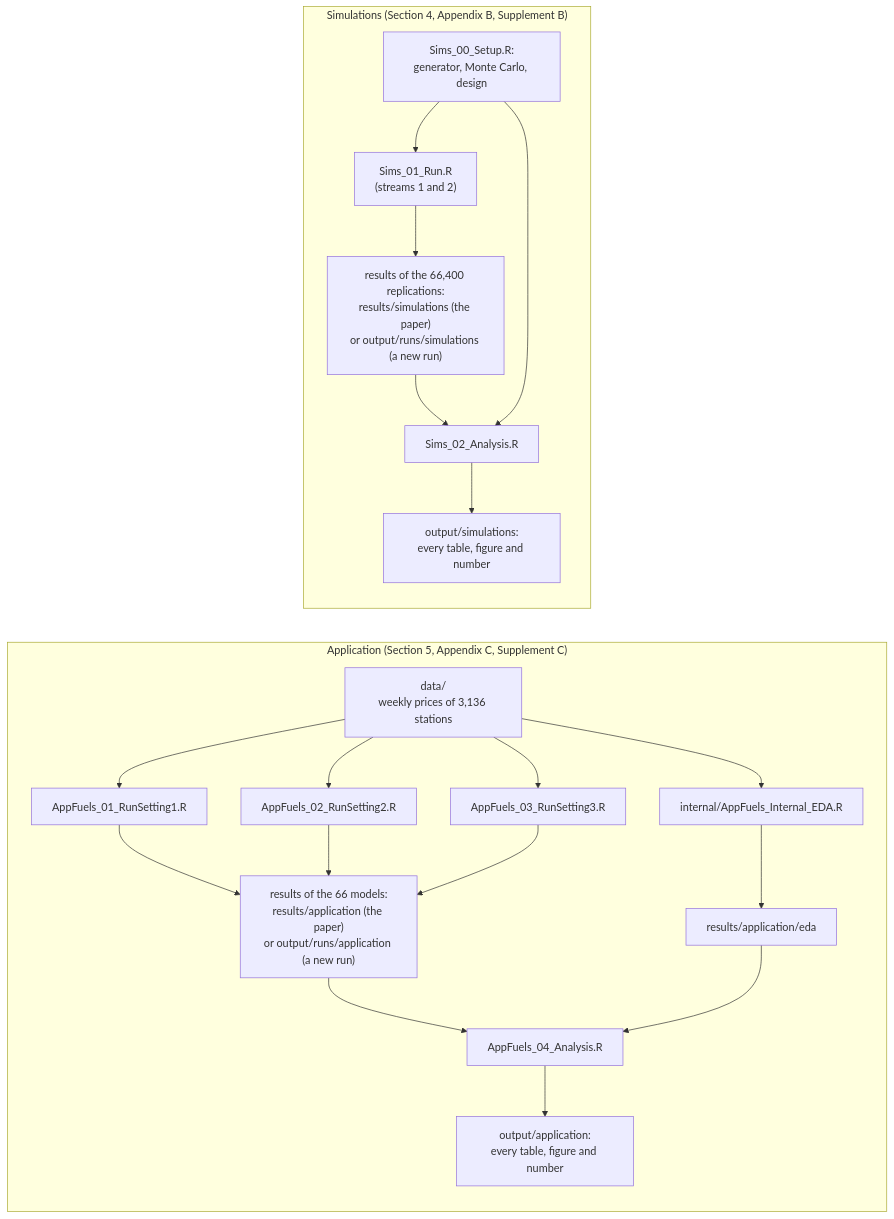
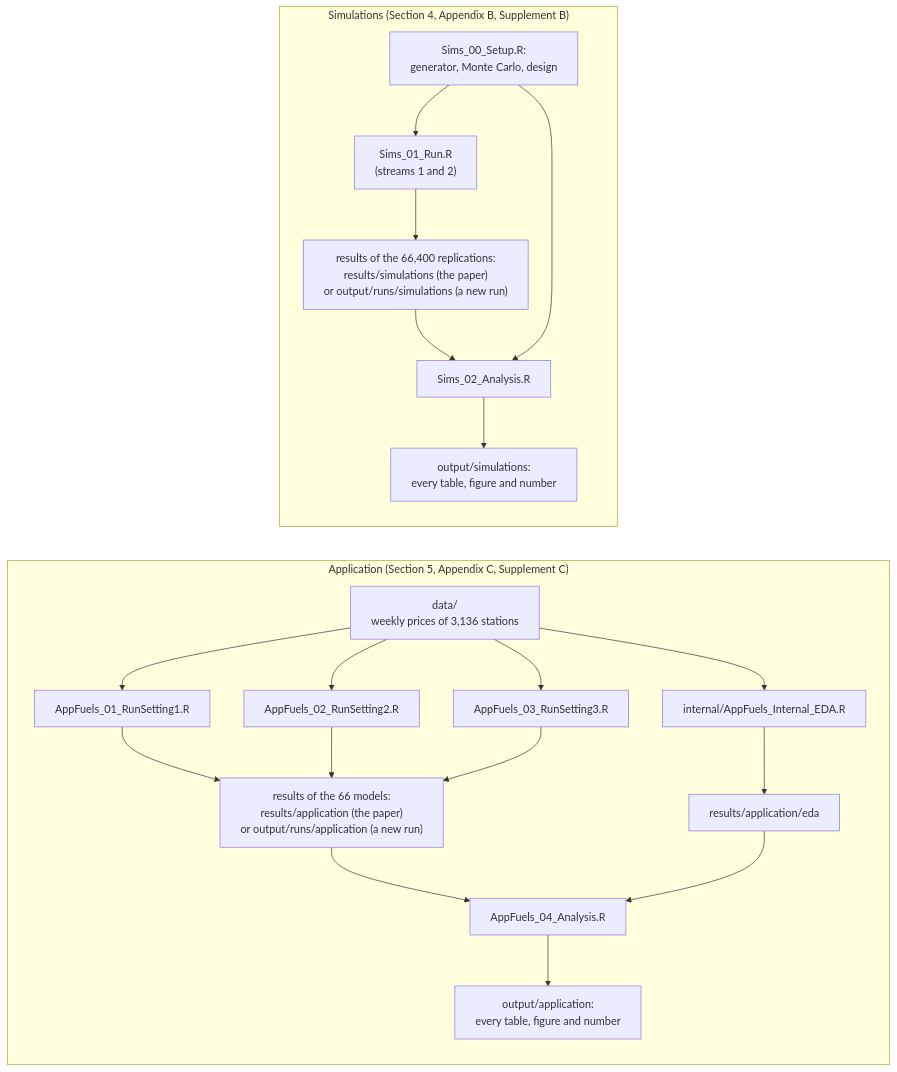
The diagram in papers/sc-stem-local-leader/README.md (PaoloMaranzano/Stem), drawn with Mermaid before and after one commit. The commit also changed 4 other files, not shown here.

````diff
--- a/papers/sc-stem-local-leader/README.md
+++ b/papers/sc-stem-local-leader/README.md
@@ -66,25 +66,26 @@
 ```mermaid
+%%{init: {"flowchart": {"wrappingWidth": 400}}}%%
 flowchart LR
     subgraph APP["Application (Section 5, Appendix C, Supplement C)"]
         direction TB
         D["data/<br/>weekly prices of 3,136 stations"] --> R1["AppFuels_01_RunSetting1.R"]
         D --> R2["AppFuels_02_RunSetting2.R"]
         D --> R3["AppFuels_03_RunSetting3.R"]
         R1 --> RR["results of the 66 models:<br/>results/application (the paper)<br/>or output/runs/application (a new run)"]
         R2 --> RR
         R3 --> RR
         D --> EDA["internal/AppFuels_Internal_EDA.R"]
         EDA --> RE["results/application/eda"]
         RR --> A4["AppFuels_04_Analysis.R"]
         RE --> A4
         A4 --> OA["output/application:<br/>every table, figure and number"]
     end
     subgraph SIM["Simulations (Section 4, Appendix B, Supplement B)"]
         direction TB
         S0["Sims_00_Setup.R:<br/>generator, Monte Carlo, design"] --> S1["Sims_01_Run.R<br/>(streams 1 and 2)"]
         S1 --> SR["results of the 66,400 replications:<br/>results/simulations (the paper)<br/>or output/runs/simulations (a new run)"]
         SR --> S2["Sims_02_Analysis.R"]
         S0 --> S2
         S2 --> OS["output/simulations:<br/>every table, figure and number"]
     end
 ```
````
